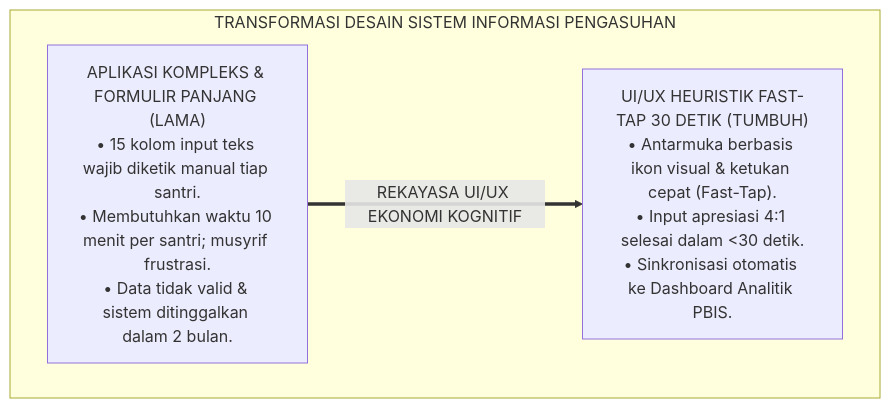
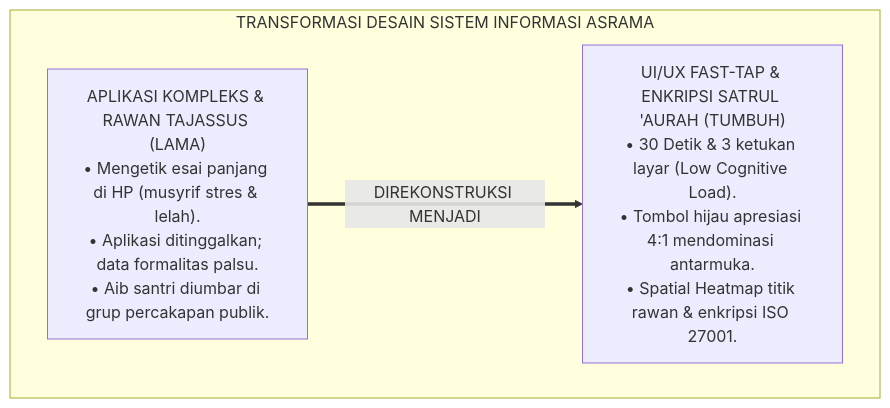
The first of 3 diagrams in 02 Principles/02 Design Principles/P2-02-04-Prinsip-Desain-Antarmuka-dan-Dashboard-Digital.md (wandiapriliyandi/tumbuh), drawn with Mermaid before and after one commit. The commit also changed other lines of this file and 7 other files, not shown here.

````diff
--- a/02 Principles/02 Design Principles/P2-02-04-Prinsip-Desain-Antarmuka-dan-Dashboard-Digital.md
+++ b/02 Principles/02 Design Principles/P2-02-04-Prinsip-Desain-Antarmuka-dan-Dashboard-Digital.md
@@ -61,10 +56,10 @@
 ```mermaid
 flowchart TD
-    subgraph TransformasiAplikasiDigital["TRANSFORMASI DESAIN SISTEM INFORMASI PENGASUHAN"]
-        AppLama["APLIKASI KOMPLEKS & FORMULIR PANJANG (LAMA)<br/>• 15 kolom input teks wajib diketik manual tiap santri.<br/>• Membutuhkan waktu 10 menit per santri; musyrif frustrasi.<br/>• Data tidak valid & sistem ditinggalkan dalam 2 bulan."]
+    subgraph TransformasiUIDigitalPesantren["TRANSFORMASI DESAIN SISTEM INFORMASI ASRAMA"]
+        PolaAplikasiRumit["APLIKASI KOMPLEKS & RAWAN TAJASSUS (LAMA)<br/>• Mengetik esai panjang di HP (musyrif stres & lelah).<br/>• Aplikasi ditinggalkan; data formalitas palsu.<br/>• Aib santri diumbar di grup percakapan publik."]
         
-        AppTUMBUH["UI/UX HEURISTIK FAST-TAP 30 DETIK (TUMBUH)<br/>• Antarmuka berbasis ikon visual & ketukan cepat (Fast-Tap).<br/>• Input apresiasi 4:1 selesai dalam <30 detik.<br/>• Sinkronisasi otomatis ke Dashboard Analitik PBIS."]
+        PolaFastTapTUMBUH["UI/UX FAST-TAP & ENKRIPSI SATRUL 'AURAH (TUMBUH)<br/>• 30 Detik & 3 ketukan layar (Low Cognitive Load).<br/>• Tombol hijau apresiasi 4:1 mendominasi antarmuka.<br/>• Spatial Heatmap titik rawan & enkripsi ISO 27001."]
         
-        AppLama ==>|REKAYASA UI/UX EKONOMI KOGNITIF| AppTUMBUH
+        PolaAplikasiRumit ==>|DIREKONSTRUKSI MENJADI| PolaFastTapTUMBUH
     end
 ```
````
